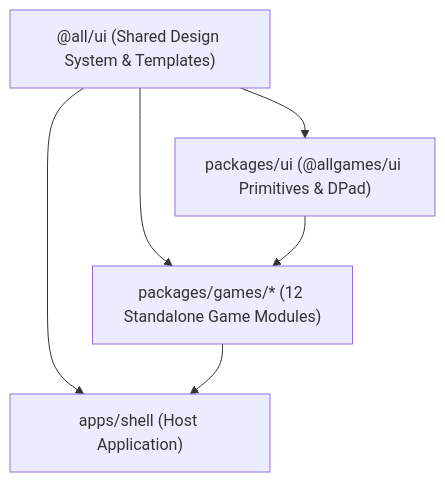
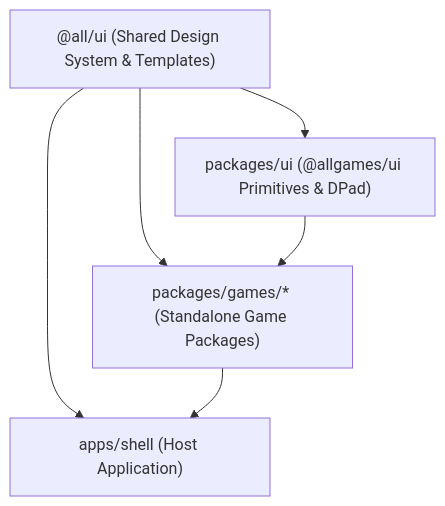
The diagram in README.md (patrasxd/AllGames), drawn with Mermaid before and after one commit. The commit also changed other lines of this file and 24 other files, not shown here.

````diff
--- a/README.md
+++ b/README.md
@@ -80,13 +116,13 @@
 ```mermaid
 graph TD
     SharedUI["@all/ui (Shared Design System & Templates)"]
     Shell["apps/shell (Host Application)"]
     GamesUI["packages/ui (@allgames/ui Primitives & DPad)"]
-    Games["packages/games/* (12 Standalone Game Modules)"]
+    Games["packages/games/* (Standalone Game Packages)"]
 
     SharedUI --> Shell
     SharedUI --> GamesUI
     SharedUI --> Games
     GamesUI --> Games
     Games --> Shell
 ```
````
